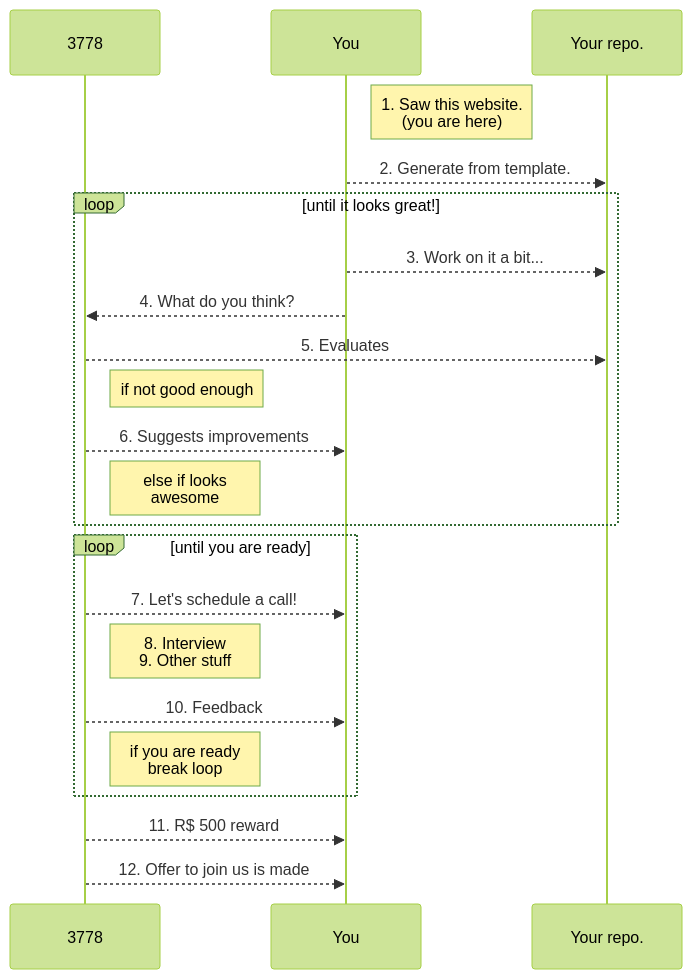
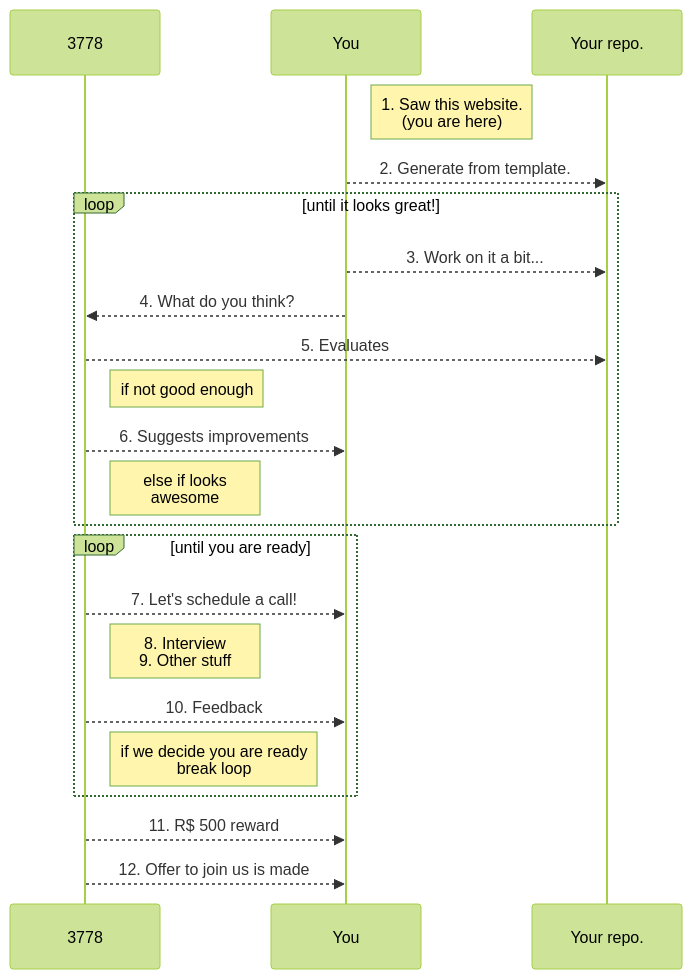
Before and after one commit to 3778/website-research: the diagram in content/join-us.md, drawn with Mermaid (forest theme).

````diff
--- a/content/join-us.md
+++ b/content/join-us.md
@@ -95,24 +95,24 @@
 ```mermaid
 sequenceDiagram
     participant 3778
     participant You
     participant Your repo.
     Note right of You: 1. Saw this website. <br> (you are here)
     You-->>Your repo.: 2. Generate from template.
     loop until it looks great!
         You-->>Your repo.: 3. Work on it a bit...
         You-->>3778: 4. What do you think?
         3778-->>Your repo.: 5. Evaluates
         Note right of 3778: if not good enough
         3778-->>You: 6. Suggests improvements
         Note right of 3778: else if looks <br> awesome
     end
     loop until you are ready
         3778-->>You: 7. Let's schedule a call!
         Note right of 3778: 8. Interview <br> 9. Other stuff
         3778-->>You: 10. Feedback
-        Note right of 3778: if you are ready <br> break loop
+        Note right of 3778: if we decide you are ready <br> break loop
     end
     3778-->>You: 11. R$ 500 reward
     3778-->>You: 12. Offer to join us is made
 ```
````
